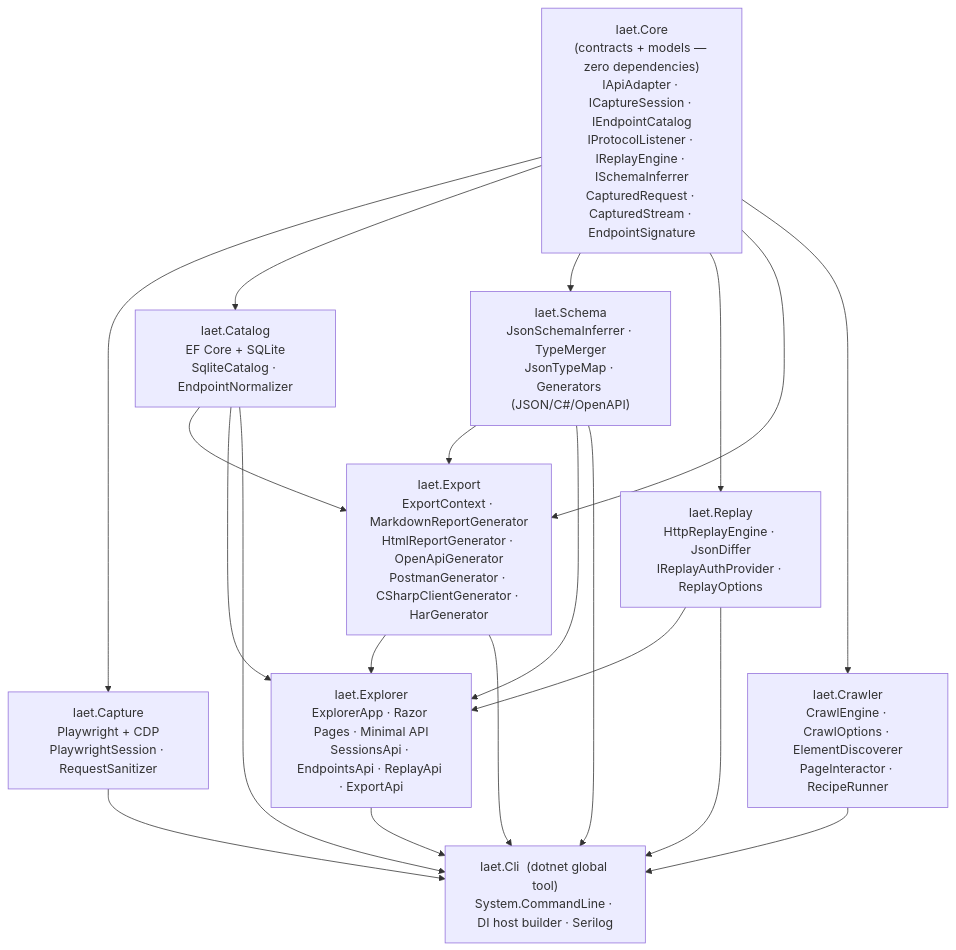
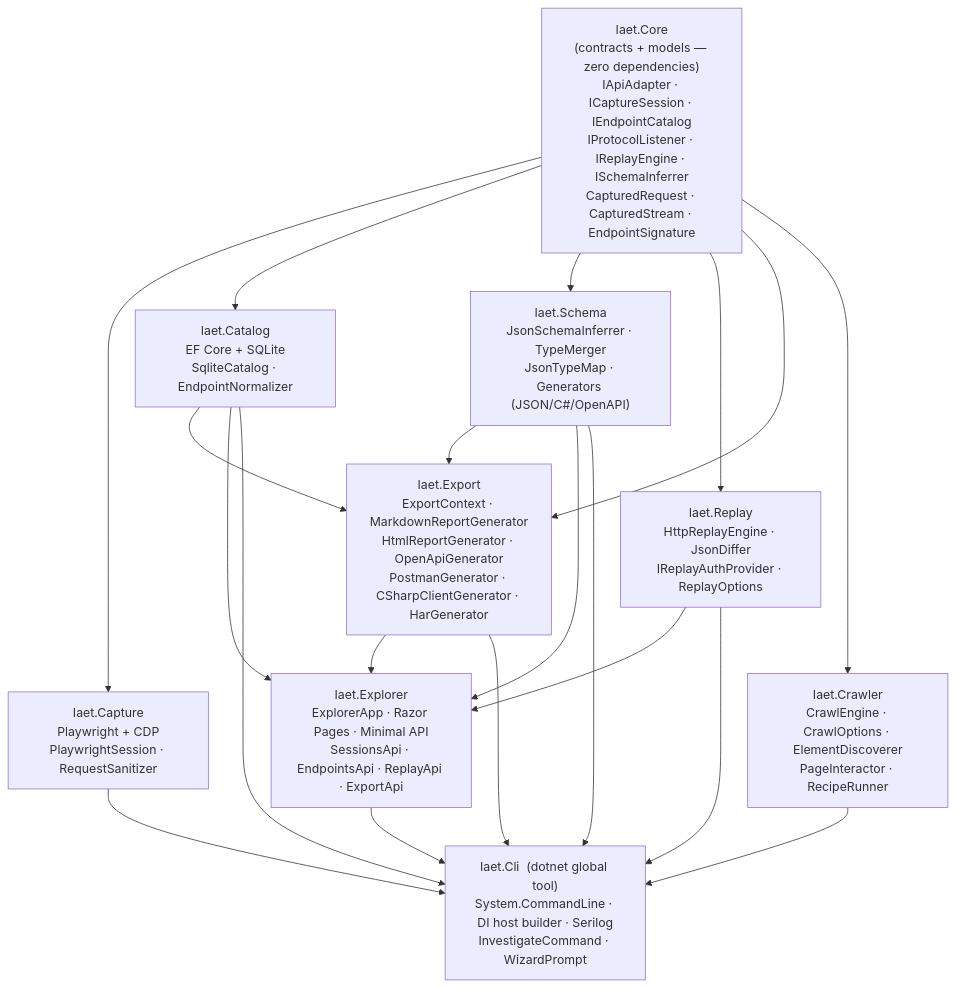
One commit to mmackelprang/IAET changed the diagram in README.md. Above: the diagram before and after it, drawn with Mermaid. The commit also changed other lines of this file and 8 other files, not shown here.

````diff
--- a/README.md
+++ b/README.md
@@ -150,52 +159,53 @@
 ```mermaid
 graph TD
     Core["Iaet.Core
 (contracts + models — zero dependencies)
 IApiAdapter · ICaptureSession · IEndpointCatalog
 IProtocolListener · IReplayEngine · ISchemaInferrer
 CapturedRequest · CapturedStream · EndpointSignature"]
     Capture["Iaet.Capture
 Playwright + CDP
 PlaywrightSession · RequestSanitizer"]
     Catalog["Iaet.Catalog
 EF Core + SQLite
 SqliteCatalog · EndpointNormalizer"]
     Schema["Iaet.Schema
 JsonSchemaInferrer · TypeMerger
 JsonTypeMap · Generators (JSON/C#/OpenAPI)"]
     Replay["Iaet.Replay
 HttpReplayEngine · JsonDiffer
 IReplayAuthProvider · ReplayOptions"]
     Export["Iaet.Export
 ExportContext · MarkdownReportGenerator
 HtmlReportGenerator · OpenApiGenerator
 PostmanGenerator · CSharpClientGenerator · HarGenerator"]
     Crawler["Iaet.Crawler
 CrawlEngine · CrawlOptions · ElementDiscoverer
 PageInteractor · RecipeRunner"]
     Explorer["Iaet.Explorer
 ExplorerApp · Razor Pages · Minimal API
 SessionsApi · EndpointsApi · ReplayApi · ExportApi"]
     Cli["Iaet.Cli  (dotnet global tool)
-System.CommandLine · DI host builder · Serilog"]
+System.CommandLine · DI host builder · Serilog
+InvestigateCommand · WizardPrompt"]
 
     Core --> Capture
     Core --> Catalog
     Core --> Schema
     Core --> Replay
     Core --> Export
     Core --> Crawler
     Catalog --> Export
     Schema --> Export
     Catalog --> Explorer
     Schema --> Explorer
     Replay --> Explorer
     Export --> Explorer
     Capture --> Cli
     Catalog --> Cli
     Schema --> Cli
     Replay --> Cli
     Export --> Cli
     Crawler --> Cli
     Explorer --> Cli
 ```
````
